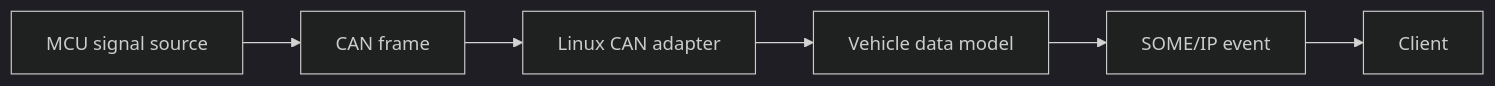
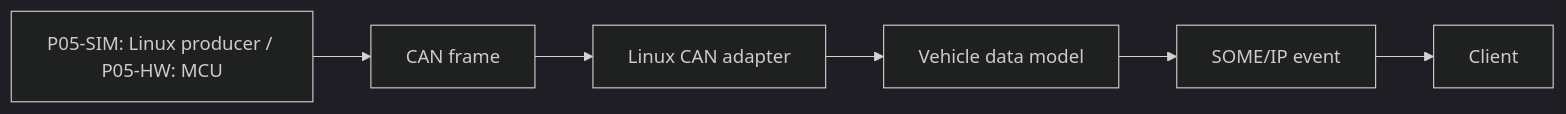
One commit to ThePo1es/adaptive-vehicle-platform-lab changed the diagram in projects/05-can-ethernet-vertical-slice/README.md. Above: the diagram before and after it, drawn with Mermaid (dark theme). The commit also changed other lines of this file and 75 other files, not shown here.

````diff
--- a/projects/05-can-ethernet-vertical-slice/README.md
+++ b/projects/05-can-ethernet-vertical-slice/README.md
@@ -9,8 +9,8 @@
 ```mermaid
 flowchart LR
-    Source["MCU signal source"] --> CAN["CAN frame"]
+    Source["P05-SIM: Linux producer / P05-HW: MCU"] --> CAN["CAN frame"]
     CAN --> Adapter["Linux CAN adapter"]
     Adapter --> Model["Vehicle data model"]
     Model --> Service["SOME/IP event"]
     Service --> Client["Client"]
 ```
````
